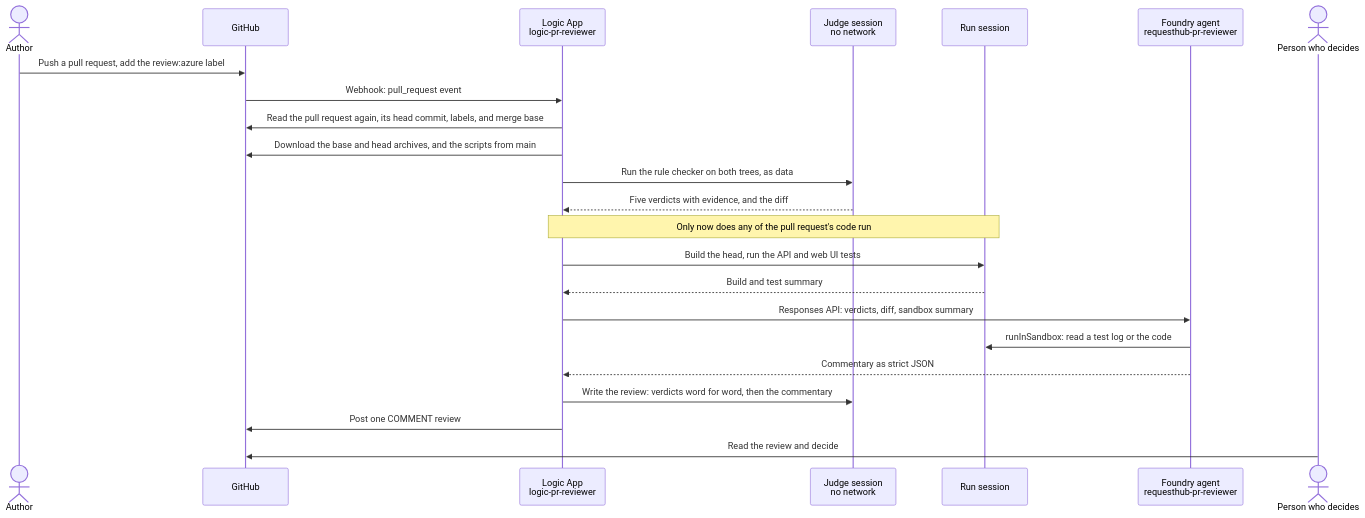
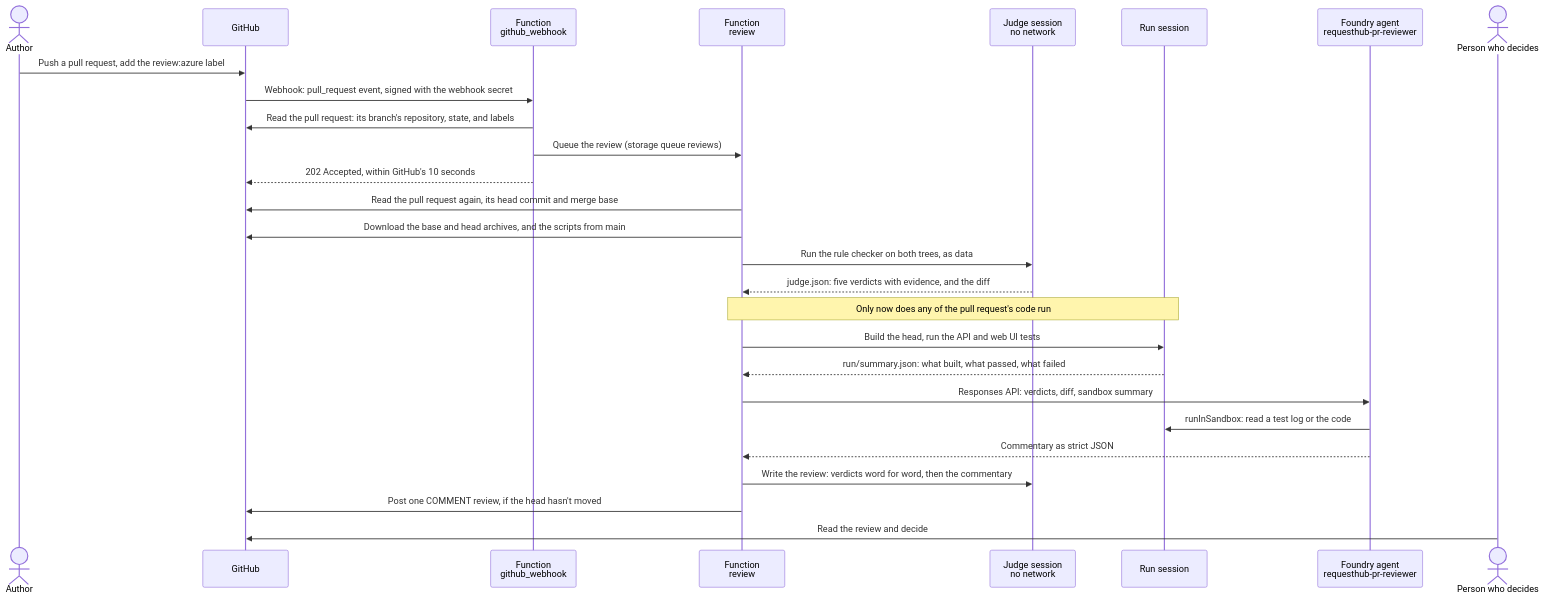
The diagram in solutions/03-develop-microsoft/README.md (melabadi/adept-assessment-northstars), drawn with Mermaid before and after one commit. The commit also changed other lines of this file and 32 other files, not shown here.

````diff
--- a/solutions/03-develop-microsoft/README.md
+++ b/solutions/03-develop-microsoft/README.md
@@ -22,25 +22,29 @@
 ```mermaid
 sequenceDiagram
   actor A as Author
   participant GH as GitHub
-  participant LA as Logic App<br/>logic-pr-reviewer
+  participant W as Function<br/>github_webhook
+  participant RV as Function<br/>review
   participant J as Judge session<br/>no network
   participant R as Run session
   participant F as Foundry agent<br/>requesthub-pr-reviewer
   actor P as Person who decides
   A->>GH: Push a pull request, add the review:azure label
-  GH->>LA: Webhook: pull_request event
-  LA->>GH: Read the pull request again, its head commit, labels, and merge base
-  LA->>GH: Download the base and head archives, and the scripts from main
-  LA->>J: Run the rule checker on both trees, as data
-  J-->>LA: Five verdicts with evidence, and the diff
-  Note over LA,R: Only now does any of the pull request's code run
-  LA->>R: Build the head, run the API and web UI tests
-  R-->>LA: Build and test summary
-  LA->>F: Responses API: verdicts, diff, sandbox summary
+  GH->>W: Webhook: pull_request event, signed with the webhook secret
+  W->>GH: Read the pull request: its branch's repository, state, and labels
+  W->>RV: Queue the review (storage queue reviews)
+  W-->>GH: 202 Accepted, within GitHub's 10 seconds
+  RV->>GH: Read the pull request again, its head commit and merge base
+  RV->>GH: Download the base and head archives, and the scripts from main
+  RV->>J: Run the rule checker on both trees, as data
+  J-->>RV: judge.json: five verdicts with evidence, and the diff
+  Note over RV,R: Only now does any of the pull request's code run
+  RV->>R: Build the head, run the API and web UI tests
+  R-->>RV: run/summary.json: what built, what passed, what failed
+  RV->>F: Responses API: verdicts, diff, sandbox summary
   F->>R: runInSandbox: read a test log or the code
-  F-->>LA: Commentary as strict JSON
-  LA->>J: Write the review: verdicts word for word, then the commentary
-  LA->>GH: Post one COMMENT review
+  F-->>RV: Commentary as strict JSON
+  RV->>J: Write the review: verdicts word for word, then the commentary
+  RV->>GH: Post one COMMENT review, if the head hasn't moved
   P->>GH: Read the review and decide
 ```
````
